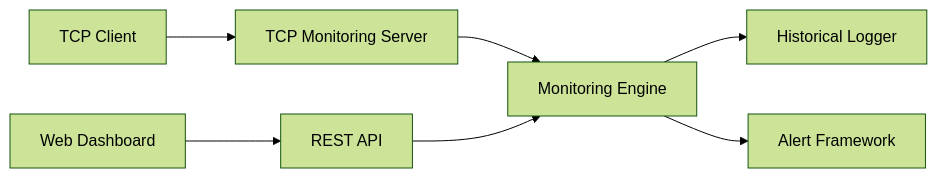
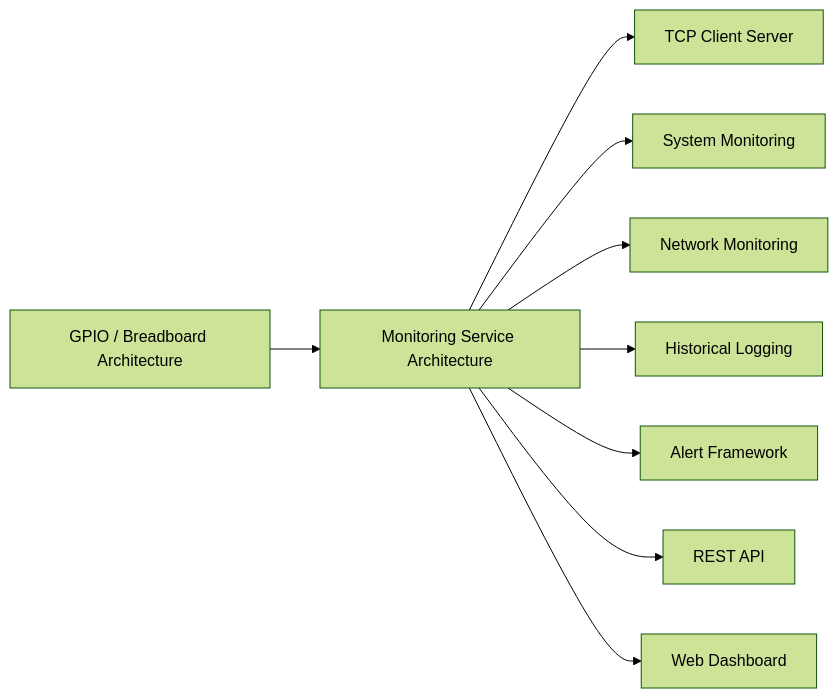
The third of 3 diagrams in docs/project-overview.md (patricereneeemery/aeld-final-project), drawn with Mermaid (forest theme) before and after one commit. The commit also changed other lines of this file, not shown here.

````diff
--- a/docs/project-overview.md
+++ b/docs/project-overview.md
@@ -255,29 +295,23 @@
 ```mermaid
 flowchart LR
 
-    Client["TCP Client"]
+    Old["GPIO / Breadboard Architecture"]
 
-    TCP["TCP Monitoring Server"]
+    New["Monitoring Service Architecture"]
 
-    Monitor["Monitoring Engine"]
+    Old --> New
 
-    Logger["Historical Logger"]
+    New --> TCP["TCP Client Server"]
 
-    Alerts["Alert Framework"]
+    New --> Metrics["System Monitoring"]
 
-    API["REST API"]
+    New --> Network["Network Monitoring"]
 
-    Dashboard["Web Dashboard"]
+    New --> Logging["Historical Logging"]
 
-    Client --> TCP
+    New --> Alerts["Alert Framework"]
 
-    TCP --> Monitor
+    New --> API["REST API"]
 
-    Monitor --> Logger
-
-    Monitor --> Alerts
-
-    API --> Monitor
-
-    Dashboard --> API
+    New --> Dashboard["Web Dashboard"]
 ```
````
